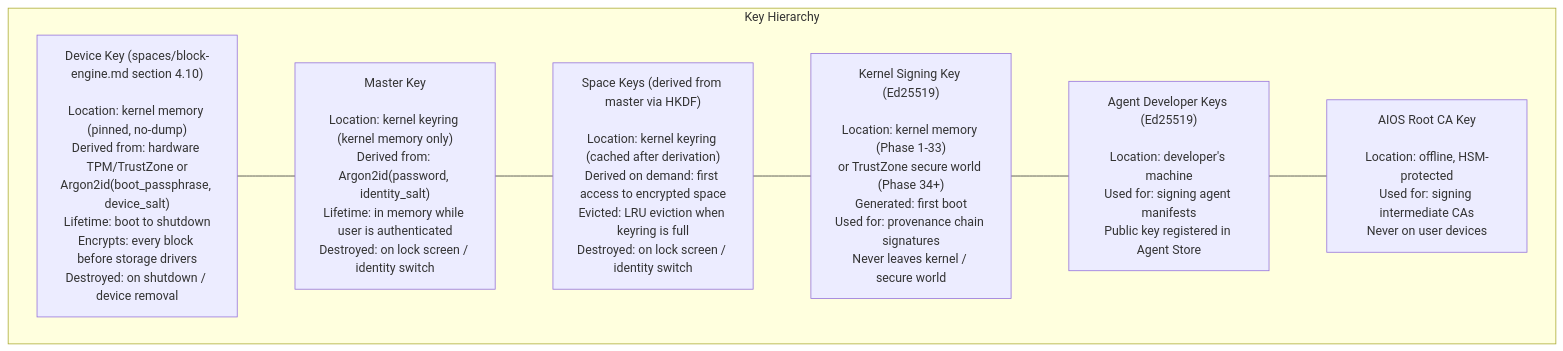
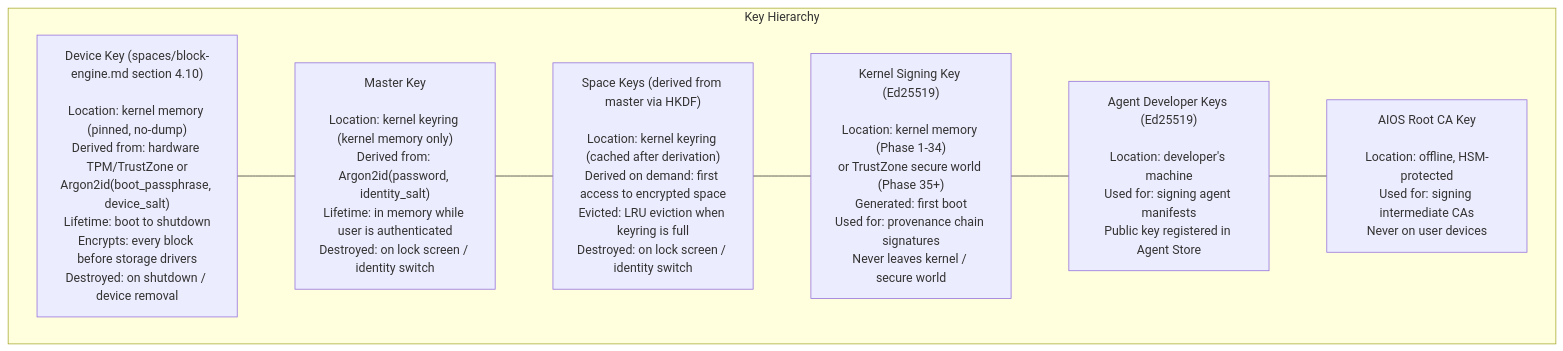
One commit to juslee/aios changed the first of 3 diagrams in docs/security/model/hardening.md. Above: the diagram before and after it, drawn with Mermaid. The commit also changed other lines of this file and 135 other files, not shown here.

First line of the commit message:
Renumber Phase 5→6 through Phase 46→47 across architecture docs

````diff
--- a/docs/security/model/hardening.md
+++ b/docs/security/model/hardening.md
@@ -29,18 +29,18 @@
 ```mermaid
 flowchart TD
     subgraph KH["Key Hierarchy"]
         DK["Device Key (spaces/block-engine.md section 4.10)\n\nLocation: kernel memory (pinned, no-dump)\nDerived from: hardware TPM/TrustZone or\nArgon2id(boot_passphrase, device_salt)\nLifetime: boot to shutdown\nEncrypts: every block before storage drivers\nDestroyed: on shutdown / device removal"]
 
         MK["Master Key\n\nLocation: kernel keyring (kernel memory only)\nDerived from: Argon2id(password, identity_salt)\nLifetime: in memory while user is authenticated\nDestroyed: on lock screen / identity switch"]
 
         SK["Space Keys (derived from master via HKDF)\n\nLocation: kernel keyring (cached after derivation)\nDerived on demand: first access to encrypted space\nEvicted: LRU eviction when keyring is full\nDestroyed: on lock screen / identity switch"]
 
-        KSK["Kernel Signing Key (Ed25519)\n\nLocation: kernel memory (Phase 1-33)\nor TrustZone secure world (Phase 34+)\nGenerated: first boot\nUsed for: provenance chain signatures\nNever leaves kernel / secure world"]
+        KSK["Kernel Signing Key (Ed25519)\n\nLocation: kernel memory (Phase 1-34)\nor TrustZone secure world (Phase 35+)\nGenerated: first boot\nUsed for: provenance chain signatures\nNever leaves kernel / secure world"]
 
         ADK["Agent Developer Keys (Ed25519)\n\nLocation: developer's machine\nUsed for: signing agent manifests\nPublic key registered in Agent Store"]
 
         RCA["AIOS Root CA Key\n\nLocation: offline, HSM-protected\nUsed for: signing intermediate CAs\nNever on user devices"]
     end
 
     DK --- MK --- SK --- KSK --- ADK --- RCA
 ```
````
